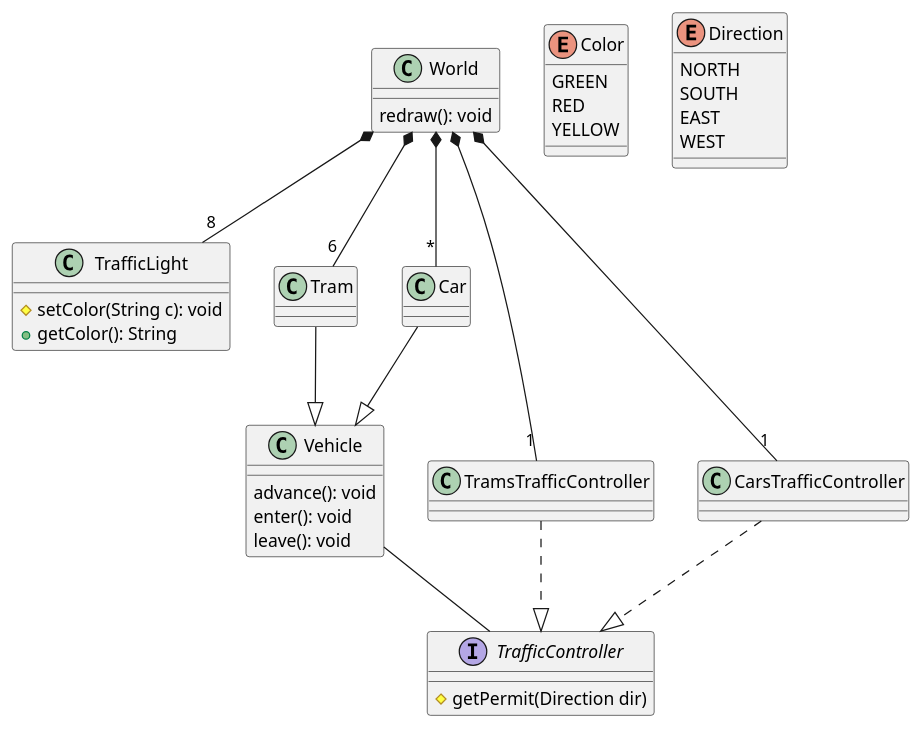
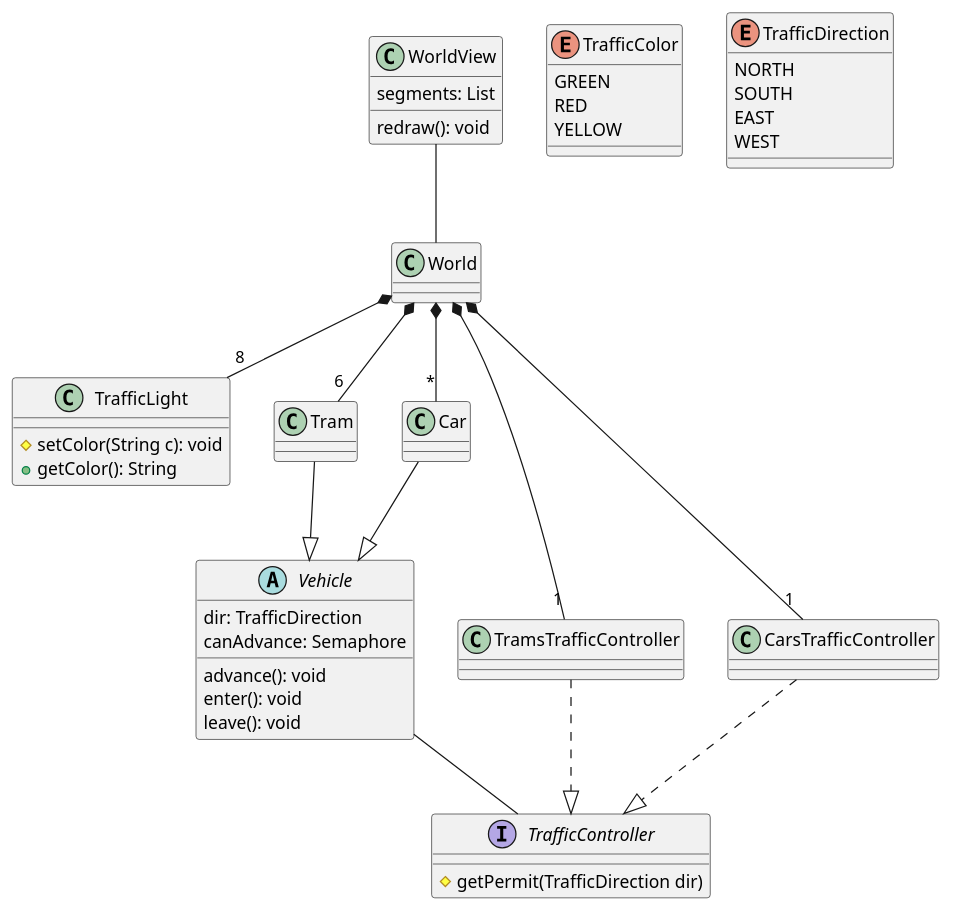
Before and after one commit to wanisramdani/tramway: the diagram in tramway.puml, drawn with PlantUML. The commit also changed 3 other files, not shown here.

Commit message:
Update pseudocode  & Introduce WorldView

```diff
--- a/tramway.puml
+++ b/tramway.puml
@@ -1,51 +1,59 @@
 @startuml tramway
 
-class World {
+class WorldView {
+  segments: List
+  
   redraw(): void
 }
+WorldView -- World
+
+class World {}
 World *-- "8" TrafficLight
 World *-- "6" Tram
 World *-- "*" Car
 World *-- "1" TramsTrafficController
 World *-- "1" CarsTrafficController
 
-class Vehicle {
+abstract class Vehicle {
+  dir: TrafficDirection
+  canAdvance: Semaphore
+
   advance(): void
   enter(): void
   leave(): void
 }
 class Tram {}
 class Car {}
 Tram --|> Vehicle
 Car --|> Vehicle
 Vehicle -- TrafficController
 
 interface TrafficController {
-  # getPermit(Direction dir)
+  # getPermit(TrafficDirection dir)
 }
 
 class TramsTrafficController {}
 TramsTrafficController ..|> TrafficController
 
 class CarsTrafficController {}
 CarsTrafficController ..|> TrafficController
 
 class TrafficLight {
   # setColor(String c): void
   + getColor(): String
 }
 
-enum Color {
+enum TrafficColor {
   GREEN
   RED
   YELLOW
 }
 
-enum Direction {
+enum TrafficDirection {
   NORTH
   SOUTH
   EAST
   WEST
 }
 
 @enduml
```
